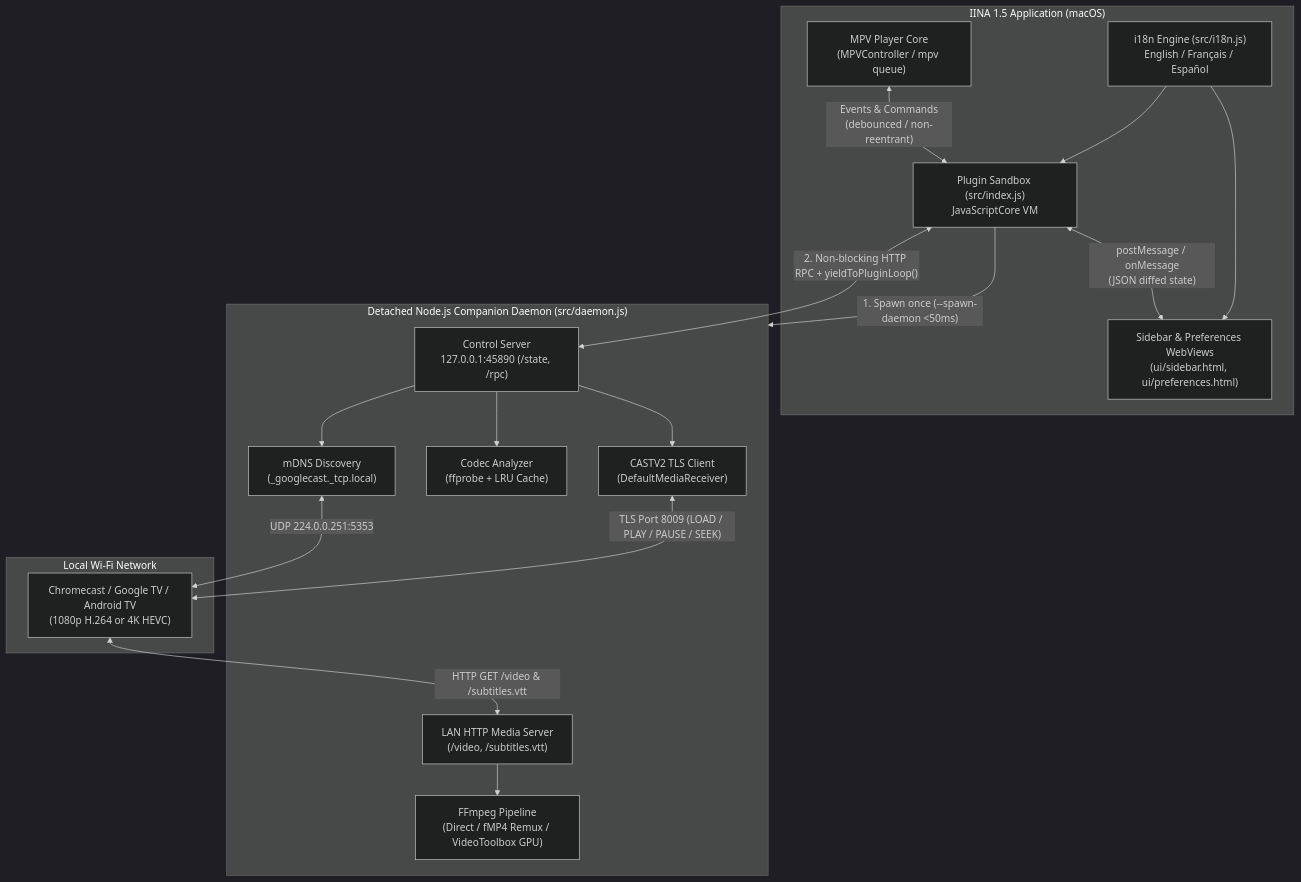
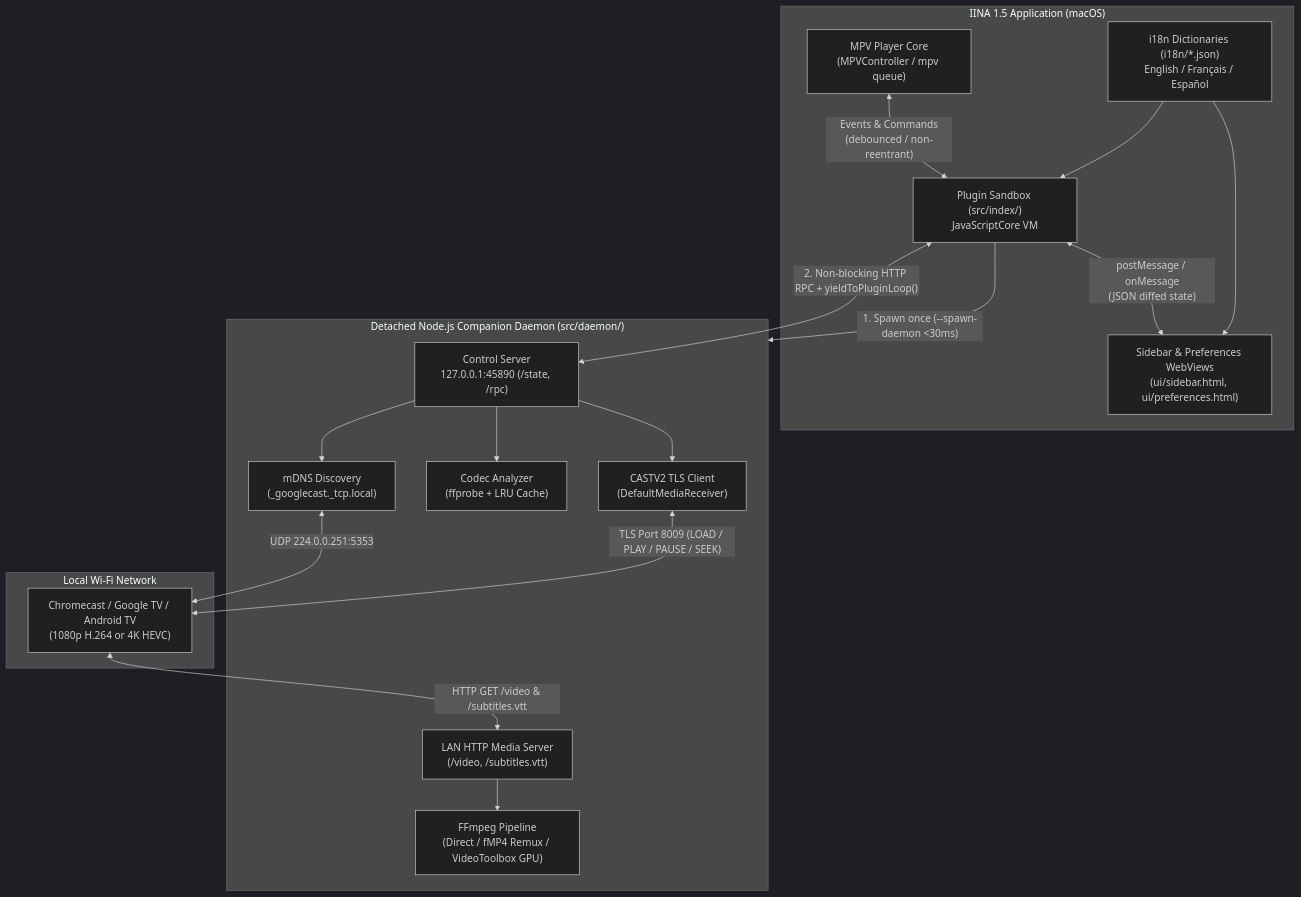
The first of 4 diagrams in docs/ARCHITECTURE.md (julienperrault/iina-chromecast), drawn with Mermaid (dark theme) before and after one commit. The commit also changed other lines of this file and 23 other files, not shown here.

````diff
--- a/docs/ARCHITECTURE.md
+++ b/docs/ARCHITECTURE.md
@@ -21,38 +21,38 @@
 ```mermaid
 flowchart TB
   subgraph IINA["IINA 1.5 Application (macOS)"]
     MPV["MPV Player Core\n(MPVController / mpv queue)"]
-    JSC["Plugin Sandbox (src/index.js)\nJavaScriptCore VM"]
+    JSC["Plugin Sandbox (src/index/)\nJavaScriptCore VM"]
     UI["Sidebar & Preferences WebViews\n(ui/sidebar.html, ui/preferences.html)"]
-    I18N["i18n Engine (src/i18n.js)\nEnglish / Français / Español"]
+    I18N["i18n Dictionaries (i18n/*.json)\nEnglish / Français / Español"]
 
     MPV <-->|"Events & Commands\n(debounced / non-reentrant)"| JSC
     JSC <-->|"postMessage / onMessage\n(JSON diffed state)"| UI
     I18N --> JSC
     I18N --> UI
   end
 
-  subgraph Daemon["Detached Node.js Companion Daemon (src/daemon.js)"]
+  subgraph Daemon["Detached Node.js Companion Daemon (src/daemon/)"]
     RPC["Control Server\n127.0.0.1:45890 (/state, /rpc)"]
     MDNS["mDNS Discovery\n(_googlecast._tcp.local)"]
     PROBE["Codec Analyzer\n(ffprobe + LRU Cache)"]
     STREAM["LAN HTTP Media Server\n(/video, /subtitles.vtt)"]
     FFMPEG["FFmpeg Pipeline\n(Direct / fMP4 Remux / VideoToolbox GPU)"]
     CASTV2["CASTV2 TLS Client\n(DefaultMediaReceiver)"]
 
     RPC --> MDNS
     RPC --> PROBE
     RPC --> CASTV2
     STREAM --> FFMPEG
   end
 
   subgraph LAN["Local Wi-Fi Network"]
     TV["Chromecast / Google TV / Android TV\n(1080p H.264 or 4K HEVC)"]
   end
 
-  JSC -->|"1. Spawn once (--spawn-daemon <50ms)"| Daemon
+  JSC -->|"1. Spawn once (--spawn-daemon <30ms)"| Daemon
   JSC <-->|"2. Non-blocking HTTP RPC + yieldToPluginLoop()"| RPC
   MDNS <-->|"UDP 224.0.0.251:5353"| TV
   CASTV2 <-->|"TLS Port 8009 (LOAD / PLAY / PAUSE / SEEK)"| TV
   TV <-->|"HTTP GET /video & /subtitles.vtt"| STREAM
 ```
````
